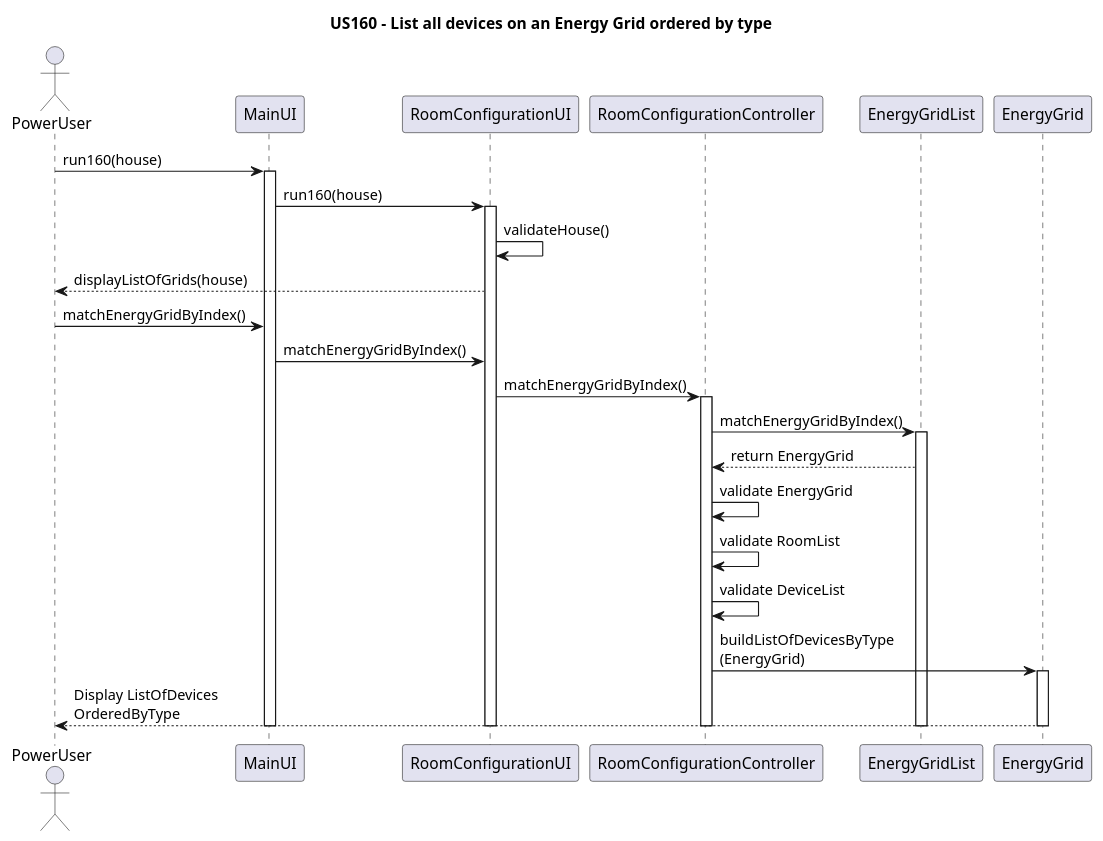
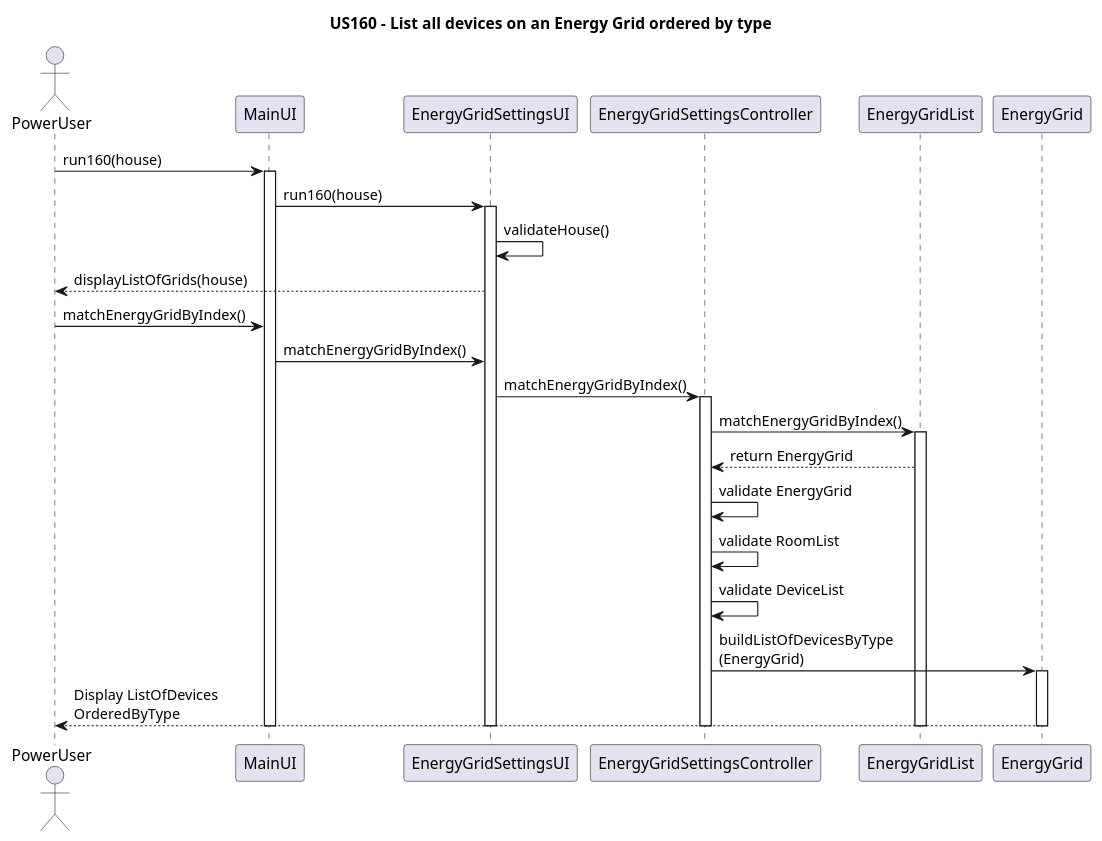
One commit to Almadanmp/project changed the diagram in uml/US160.puml. Above: the diagram before and after it, drawn with PlantUML. The commit also changed 1 other file, not shown here.

Commit message:
US 160 UML corrected

```diff
--- a/uml/US160.puml
+++ b/uml/US160.puml
@@ -1,28 +1,28 @@
 @startuml
 title US160 - List all devices on an Energy Grid ordered by type
 actor PowerUser
 PowerUser -> MainUI: run160(house)
 activate MainUI
-MainUI -> RoomConfigurationUI: run160(house)
-activate RoomConfigurationUI
-RoomConfigurationUI -> RoomConfigurationUI: validateHouse()
-RoomConfigurationUI --> PowerUser: displayListOfGrids(house)
+MainUI -> EnergyGridSettingsUI: run160(house)
+activate EnergyGridSettingsUI
+EnergyGridSettingsUI -> EnergyGridSettingsUI: validateHouse()
+EnergyGridSettingsUI --> PowerUser: displayListOfGrids(house)
 PowerUser -> MainUI: matchEnergyGridByIndex()
-MainUI -> RoomConfigurationUI: matchEnergyGridByIndex()
-RoomConfigurationUI -> RoomConfigurationController: matchEnergyGridByIndex()
-activate RoomConfigurationController
-RoomConfigurationController -> EnergyGridList: matchEnergyGridByIndex()
+MainUI -> EnergyGridSettingsUI: matchEnergyGridByIndex()
+EnergyGridSettingsUI -> EnergyGridSettingsController: matchEnergyGridByIndex()
+activate EnergyGridSettingsController
+EnergyGridSettingsController -> EnergyGridList: matchEnergyGridByIndex()
 activate EnergyGridList
-EnergyGridList --> RoomConfigurationController: return EnergyGrid
-RoomConfigurationController -> RoomConfigurationController: validate EnergyGrid
-RoomConfigurationController -> RoomConfigurationController: validate RoomList
-RoomConfigurationController -> RoomConfigurationController: validate DeviceList
-RoomConfigurationController -> EnergyGrid: buildListOfDevicesByType\n(EnergyGrid)
+EnergyGridList --> EnergyGridSettingsController: return EnergyGrid
+EnergyGridSettingsController -> EnergyGridSettingsController: validate EnergyGrid
+EnergyGridSettingsController -> EnergyGridSettingsController: validate RoomList
+EnergyGridSettingsController -> EnergyGridSettingsController: validate DeviceList
+EnergyGridSettingsController -> EnergyGrid: buildListOfDevicesByType\n(EnergyGrid)
 activate EnergyGrid
 EnergyGrid --> PowerUser: Display ListOfDevices \nOrderedByType
 deactivate MainUI
-deactivate RoomConfigurationUI
-deactivate RoomConfigurationController
+deactivate EnergyGridSettingsUI
+deactivate EnergyGridSettingsController
 deactivate EnergyGridList
 deactivate EnergyGrid
 @enduml
```
